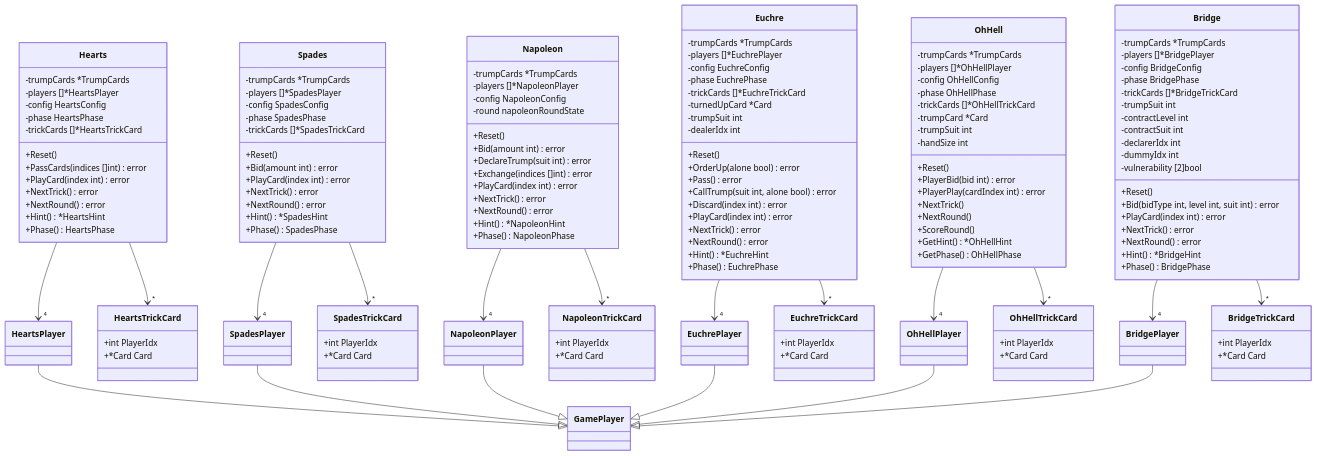
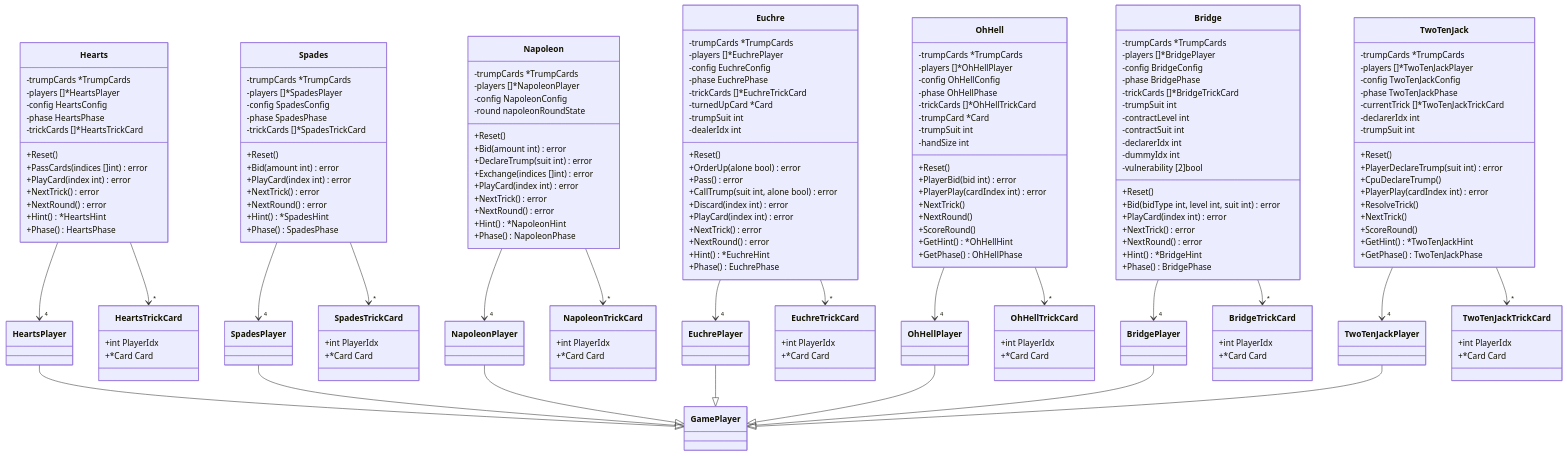
The third of 57 diagrams in docs/design/backend.md (yuta-yoshinaga/go_trumpcards), drawn with Mermaid before and after one commit. The commit also changed other lines of this file and 59 other files, not shown here.

First line of the commit message:
feat: add Two Ten Jack (ツーテンジャック) game

````diff
--- a/docs/design/backend.md
+++ b/docs/design/backend.md
@@ -415,6 +416,30 @@
         +*Card Card
     }
 
+    class TwoTenJack {
+        -trumpCards *TrumpCards
+        -players []*TwoTenJackPlayer
+        -config TwoTenJackConfig
+        -phase TwoTenJackPhase
+        -currentTrick []*TwoTenJackTrickCard
+        -declarerIdx int
+        -trumpSuit int
+        +Reset()
+        +PlayerDeclareTrump(suit int) error
+        +CpuDeclareTrump()
+        +PlayerPlay(cardIndex int) error
+        +ResolveTrick()
+        +NextTrick()
+        +ScoreRound()
+        +GetHint() *TwoTenJackHint
+        +GetPhase() TwoTenJackPhase
+    }
+
+    class TwoTenJackTrickCard {
+        +int PlayerIdx
+        +*Card Card
+    }
+
     Hearts --> "4" HeartsPlayer
     Hearts --> "*" HeartsTrickCard
     Spades --> "4" SpadesPlayer
@@ -427,10 +452,13 @@
     OhHell --> "*" OhHellTrickCard
     Bridge --> "4" BridgePlayer
     Bridge --> "*" BridgeTrickCard
+    TwoTenJack --> "4" TwoTenJackPlayer
+    TwoTenJack --> "*" TwoTenJackTrickCard
     HeartsPlayer --|> GamePlayer
     SpadesPlayer --|> GamePlayer
     NapoleonPlayer --|> GamePlayer
     EuchrePlayer --|> GamePlayer
     OhHellPlayer --|> GamePlayer
     BridgePlayer --|> GamePlayer
+    TwoTenJackPlayer --|> GamePlayer
 ```
````
